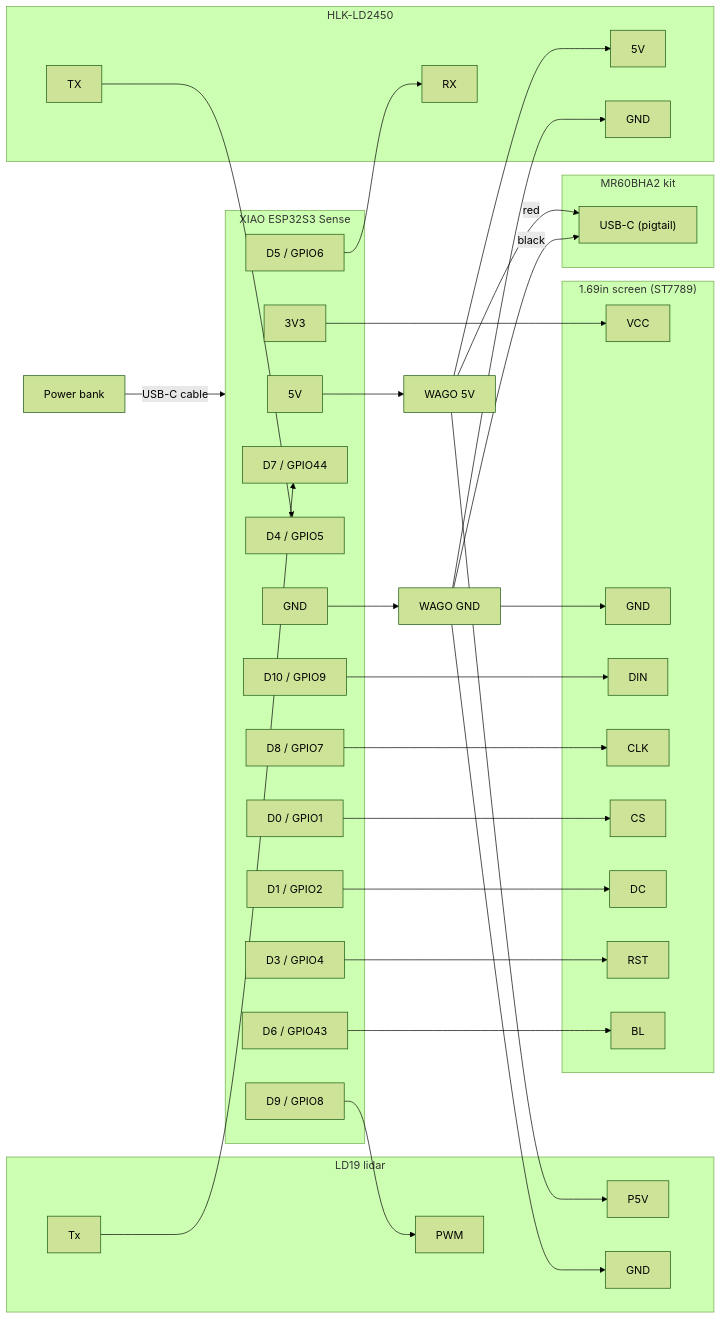
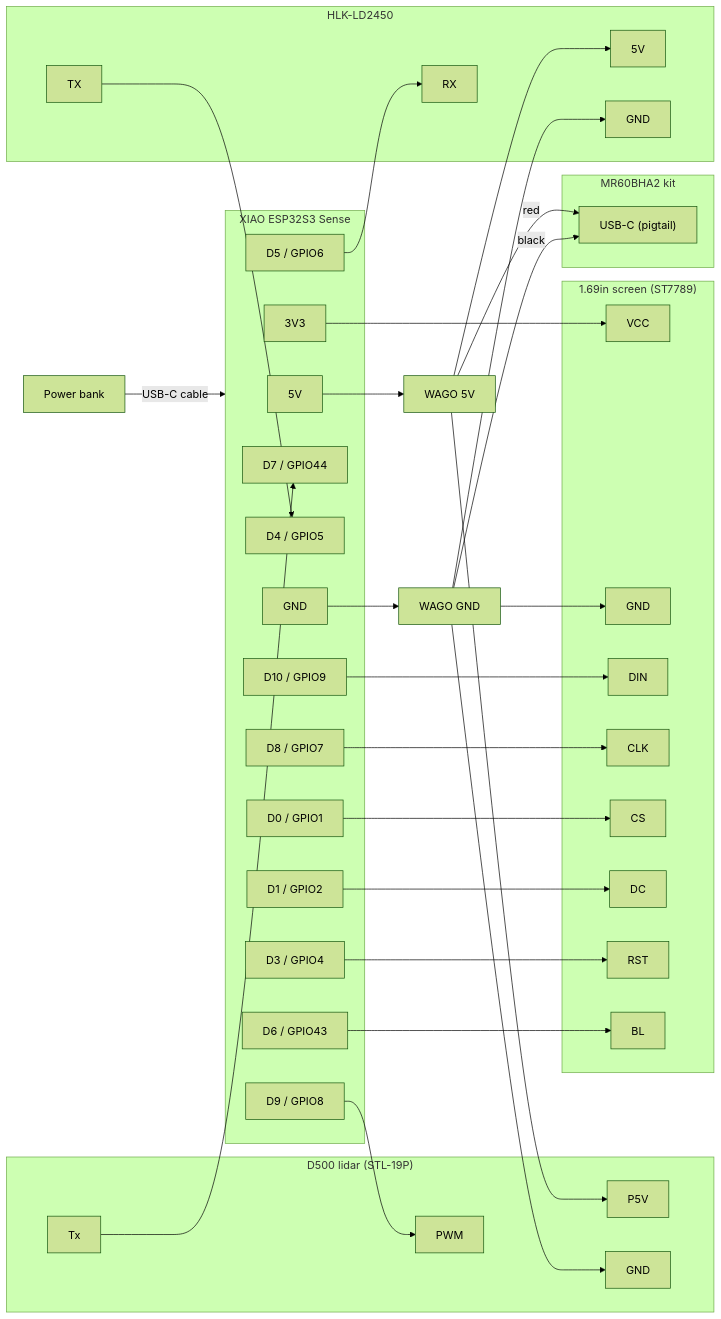
Before and after one commit to SebastienTr/Marvin: the diagram in docs/wiring.md, drawn with Mermaid (forest theme). The commit also changed other lines of this file and 7 other files, not shown here.

````diff
--- a/docs/wiring.md
+++ b/docs/wiring.md
@@ -22,47 +22,47 @@
 ```mermaid
 flowchart LR
   BANK["Power bank"] -- "USB-C cable" --> XIAO
 
   subgraph XIAO["XIAO ESP32S3 Sense"]
     P5V["5V"]; PGND["GND"]; P33["3V3"]; D7["D7 / GPIO44"]; D4["D4 / GPIO5"]; D5["D5 / GPIO6"]; D9["D9 / GPIO8"]
     D0["D0 / GPIO1"]; D1["D1 / GPIO2"]; D3["D3 / GPIO4"]; D6["D6 / GPIO43"]; D8["D8 / GPIO7"]; D10["D10 / GPIO9"]
   end
 
   W5["WAGO 5V"]; WG["WAGO GND"]
   P5V --> W5
   PGND --> WG
 
-  subgraph LID["LD19 lidar"]
+  subgraph LID["D500 lidar (STL-19P)"]
     L5["P5V"]; LG["GND"]; LP["PWM"]; LT["Tx"]
   end
   W5 --> L5
   WG --> LG
   D9 --> LP
   LT --> D7
 
   subgraph RAD["HLK-LD2450"]
     R5["5V"]; RG["GND"]; RT["TX"]; RR["RX"]
   end
   W5 --> R5
   WG --> RG
   RT --> D4
   D5 --> RR
 
   subgraph MR["MR60BHA2 kit"]
     MU["USB-C (pigtail)"]
   end
   W5 -- "red" --> MU
   WG -- "black" --> MU
 
   subgraph LCD["1.69in screen (ST7789)"]
     SV["VCC"]; SG["GND"]; SDIN["DIN"]; SCLK["CLK"]; SCS["CS"]; SDC["DC"]; SRST["RST"]; SBL["BL"]
   end
   P33 --> SV
   WG --> SG
   D10 --> SDIN
   D8 --> SCLK
   D0 --> SCS
   D1 --> SDC
   D3 --> SRST
   D6 --> SBL
 ```
````
